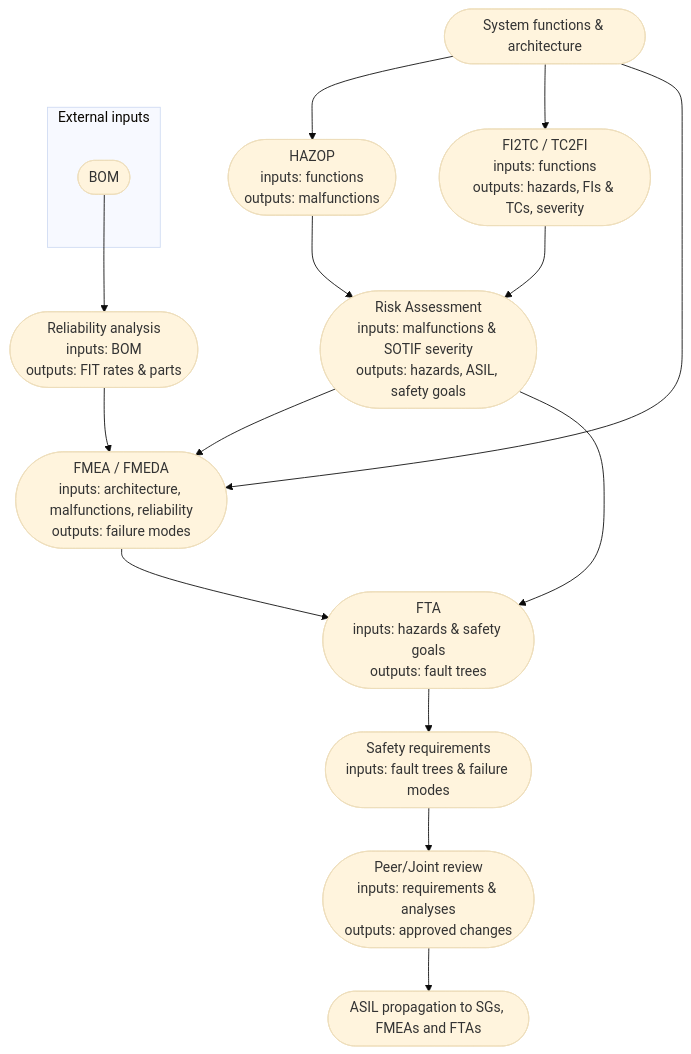
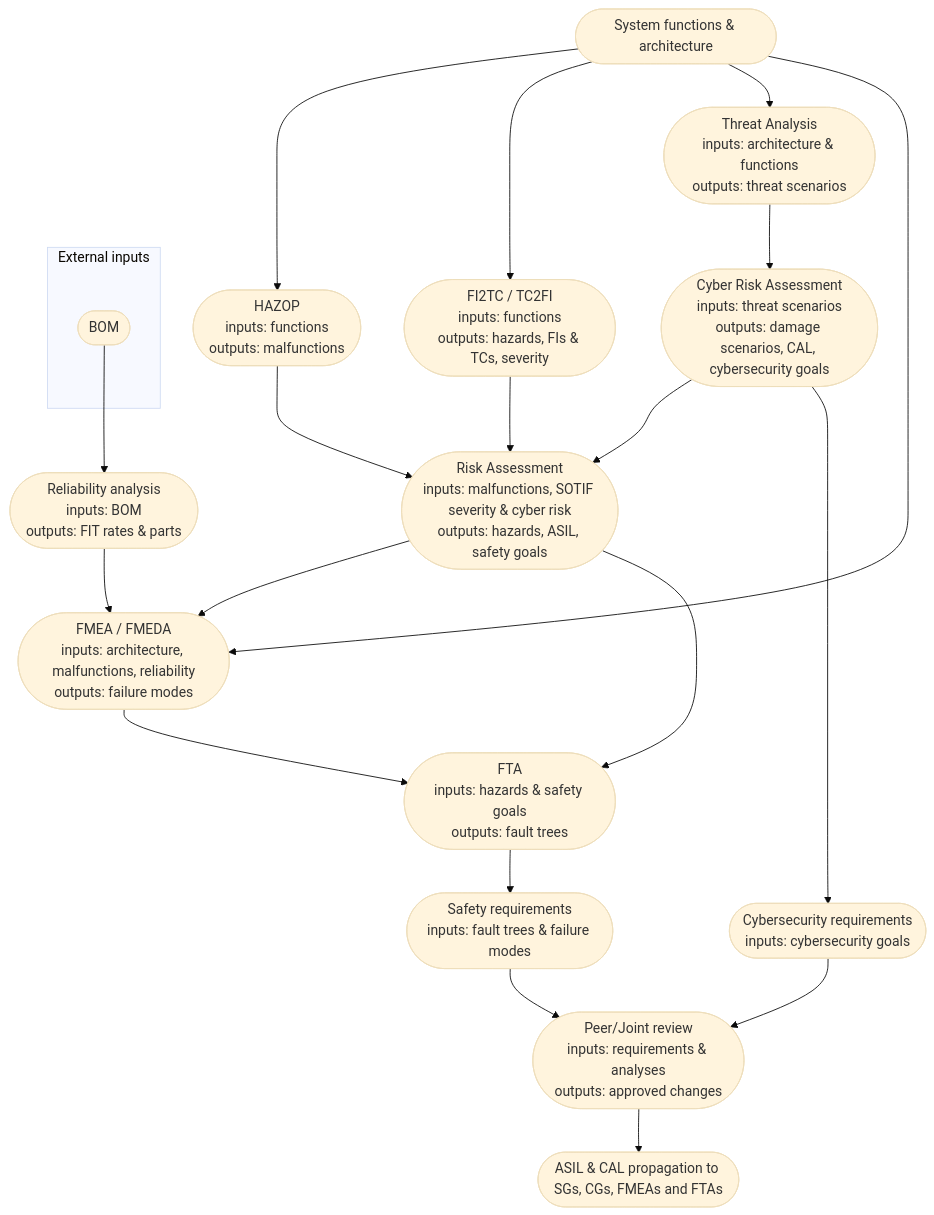
One commit to MelkorBalrog/AutoSafeguard-Analyzer changed the first of 36 diagrams in README.md. Above: the diagram before and after it, drawn with Mermaid (base theme). The commit also changed other lines of this file, not shown here.

Commit message:
docs: link cyber risk to safety risk assessment

````diff
--- a/README.md
+++ b/README.md
@@ -43,19 +45,23 @@
 ```mermaid
 flowchart TD
     subgraph ext [External inputs]
         X([BOM])
     end
     X --> R([Reliability analysis<br/>inputs: BOM<br/>outputs: FIT rates & parts])
     A([System functions & architecture]) --> B([HAZOP<br/>inputs: functions<br/>outputs: malfunctions])
     A --> S([FI2TC / TC2FI<br/>inputs: functions<br/>outputs: hazards, FIs & TCs, severity])
-    B --> C([Risk Assessment<br/>inputs: malfunctions & SOTIF severity<br/>outputs: hazards, ASIL, safety goals])
+    A --> T([Threat Analysis<br/>inputs: architecture & functions<br/>outputs: threat scenarios])
+    B --> C([Risk Assessment<br/>inputs: malfunctions, SOTIF severity & cyber risk<br/>outputs: hazards, ASIL, safety goals])
     S --> C
+    T --> U([Cyber Risk Assessment<br/>inputs: threat scenarios<br/>outputs: damage scenarios, CAL, cybersecurity goals])
+    U --> C
     A --> D([FMEA / FMEDA<br/>inputs: architecture, malfunctions, reliability<br/>outputs: failure modes])
     R --> D
     C --> D
     C --> E([FTA<br/>inputs: hazards & safety goals<br/>outputs: fault trees])
     D --> E
+    U --> V([Cybersecurity requirements<br/>inputs: cybersecurity goals])
     E --> F([Safety requirements<br/>inputs: fault trees & failure modes])
-    F --> G([Peer/Joint review<br/>inputs: requirements & analyses<br/>outputs: approved changes])
-    G --> H([ASIL propagation to SGs, FMEAs and FTAs])
+    F & V --> G([Peer/Joint review<br/>inputs: requirements & analyses<br/>outputs: approved changes])
+    G --> H([ASIL & CAL propagation to SGs, CGs, FMEAs and FTAs])
 ```
````
